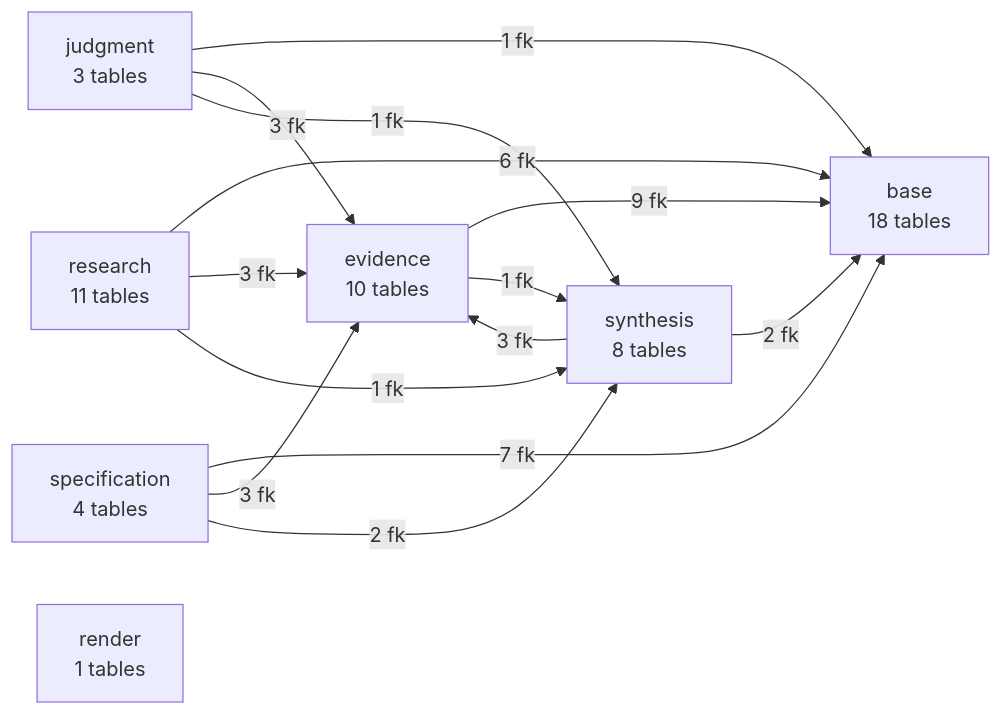
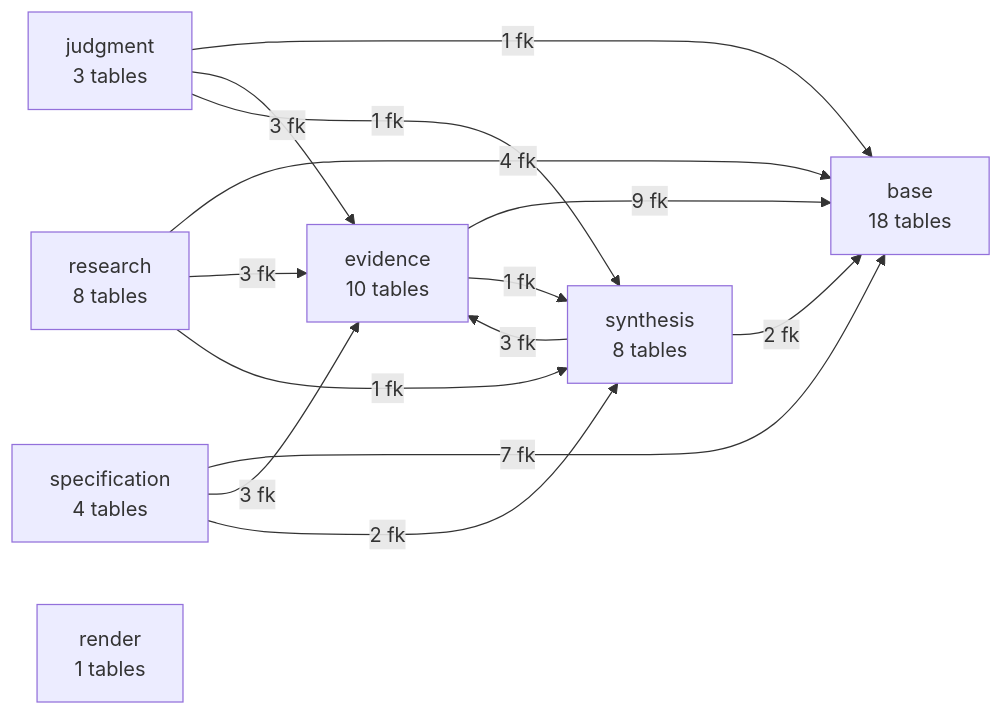
The first of 10 diagrams in workplan/pipeline-state-graph/STATE-GRAPH.md (jordanelias/guidebook), drawn with Mermaid before and after one commit. The commit also changed other lines of this file and 16 other files, not shown here.

````diff
--- a/workplan/pipeline-state-graph/STATE-GRAPH.md
+++ b/workplan/pipeline-state-graph/STATE-GRAPH.md
@@ -24,23 +24,23 @@
 ```mermaid
 flowchart LR
   base["base\n18 tables"]
-  research["research\n11 tables"]
+  research["research\n8 tables"]
   evidence["evidence\n10 tables"]
   judgment["judgment\n3 tables"]
   synthesis["synthesis\n8 tables"]
   specification["specification\n4 tables"]
   render["render\n1 tables"]
   evidence -->|9 fk| base
   evidence -->|1 fk| synthesis
   judgment -->|1 fk| base
   judgment -->|3 fk| evidence
   judgment -->|1 fk| synthesis
-  research -->|6 fk| base
+  research -->|4 fk| base
   research -->|3 fk| evidence
   research -->|1 fk| synthesis
   specification -->|7 fk| base
   specification -->|3 fk| evidence
   specification -->|2 fk| synthesis
   synthesis -->|2 fk| base
   synthesis -->|3 fk| evidence
 ```
````
